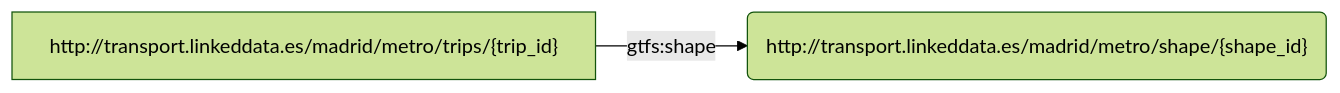
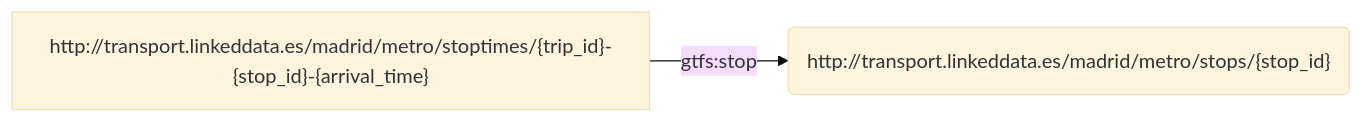
Before and after one commit to oeg-upm/rmldoc: diagram 17 of 25 in example/example.md, drawn with Mermaid. The commit also changed other lines of this file and 2 other files, not shown here.

````diff
--- a/example/example.md
+++ b/example/example.md
@@ -405,7 +409,7 @@
 ```mermaid
-%%{ init : { "theme" : "forest", "flowchart" : { "curve" : "linear" }}}%%
+%%{ init : { "theme" : "base", "flowchart" : { "curve" : "linear" }}}%%
 
 flowchart LR
-S4["http://transport.linkeddata.es/madrid/metro/trips/{trip_id}"] -->|"gtfs:shape"| object4("http://transport.linkeddata.es/madrid/metro/shape/{shape_id}")
+S2["http://transport.linkeddata.es/madrid/metro/stoptimes/{trip_id}-{stop_id}-{arrival_time}"] -->|"gtfs:stop"| object2("http://transport.linkeddata.es/madrid/metro/stops/{stop_id}")
 
 ``` 
````
